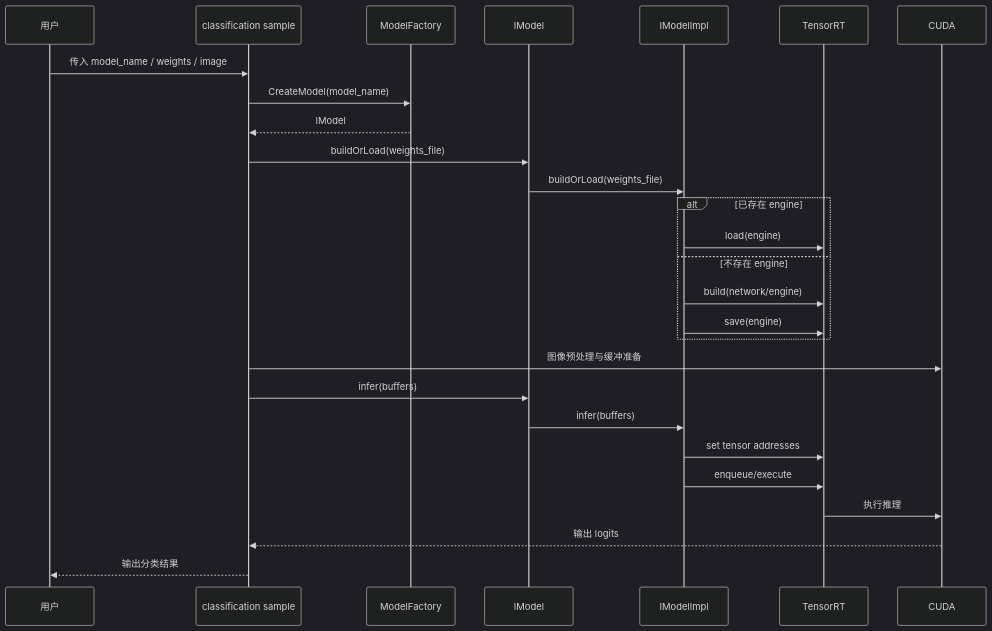
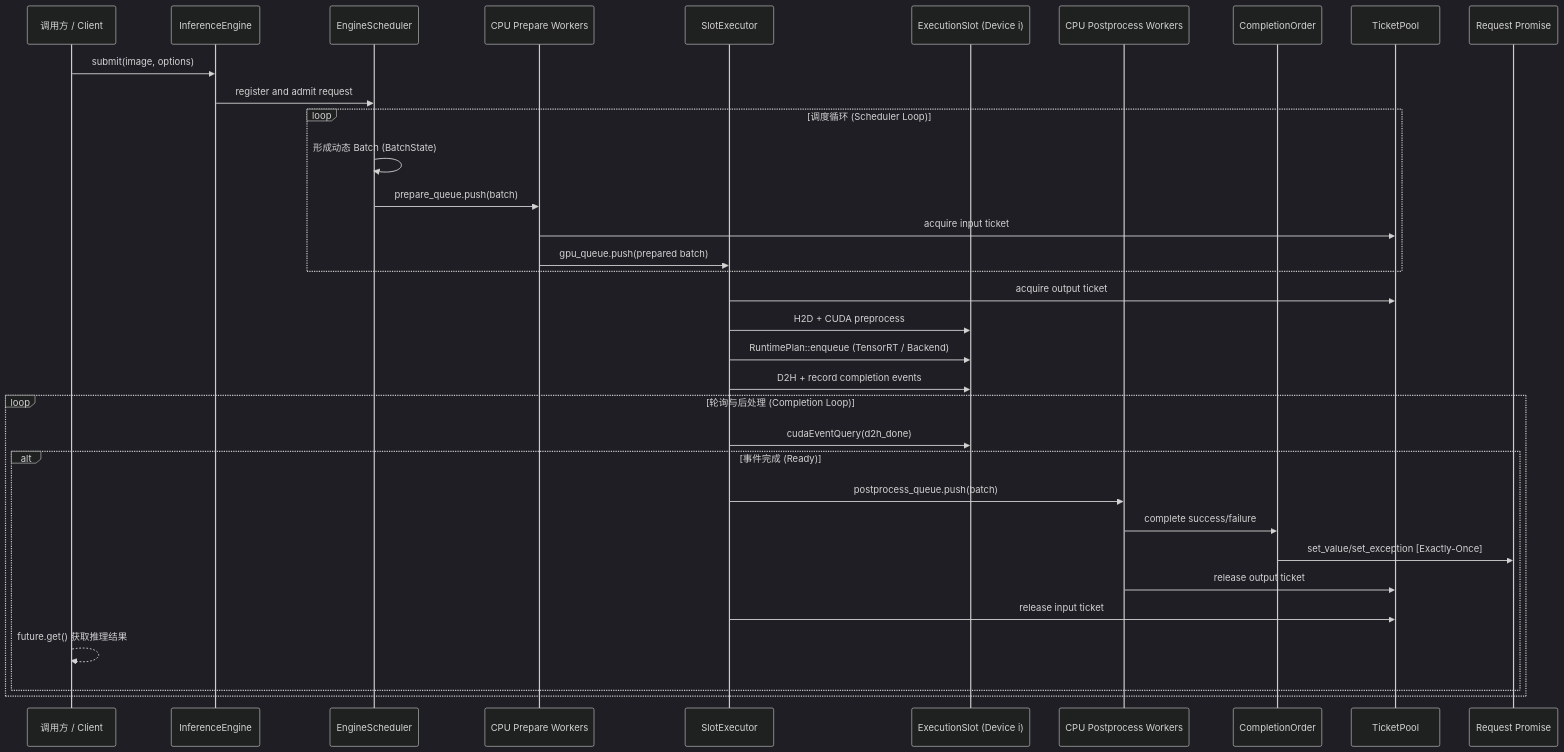
One commit to QWERDF007/InferRT changed the second of 4 diagrams in docs/项目架构图谱.md. Above: the diagram before and after it, drawn with Mermaid (dark theme). The commit also changed other lines of this file and 270 other files, not shown here.

````diff
--- a/docs/项目架构图谱.md
+++ b/docs/项目架构图谱.md
@@ -214,30 +65,40 @@
 ```mermaid
 sequenceDiagram
-    participant U as 用户
-    participant S as classification sample
-    participant F as ModelFactory
-    participant M as IModel
-    participant I as IModelImpl
-    participant TRT as TensorRT
-    participant GPU as CUDA
+    participant User as 调用方 / Client
+    participant Engine as InferenceEngine
+    participant Scheduler as EngineScheduler
+    participant Prepare as CPU Prepare Workers
+    participant Executor as SlotExecutor
+    participant Slot as ExecutionSlot (Device i)
+    participant Postprocess as CPU Postprocess Workers
+    participant Order as CompletionOrder
+    participant Tickets as TicketPool
+    participant Promise as Request Promise
 
-    U->>S: 传入 model_name / weights / image
-    S->>F: CreateModel(model_name)
-    F-->>S: IModel
-    S->>M: buildOrLoad(weights_file)
-    M->>I: buildOrLoad(weights_file)
-    alt 已存在 engine
-        I->>TRT: load(engine)
-    else 不存在 engine
-        I->>TRT: build(network/engine)
-        I->>TRT: save(engine)
+    User->>Engine: submit(image, options)
+    Engine->>Scheduler: register and admit request
+
+    loop 调度循环 (Scheduler Loop)
+        Scheduler->>Scheduler: 形成动态 Batch (BatchState)
+        Scheduler->>Prepare: prepare_queue.push(batch)
+        Prepare->>Tickets: acquire input ticket
+        Prepare->>Executor: gpu_queue.push(prepared batch)
     end
-    S->>GPU: 图像预处理与缓冲准备
-    S->>M: infer(buffers)
-    M->>I: infer(buffers)
-    I->>TRT: set tensor addresses
-    I->>TRT: enqueue/execute
-    TRT->>GPU: 执行推理
-    GPU-->>S: 输出 logits
-    S-->>U: 输出分类结果
+
+    Executor->>Tickets: acquire output ticket
+    Executor->>Slot: H2D + CUDA preprocess
+    Executor->>Slot: RuntimePlan::enqueue (TensorRT / Backend)
+    Executor->>Slot: D2H + record completion events
+
+    loop 轮询与后处理 (Completion Loop)
+        Executor->>Slot: cudaEventQuery(d2h_done)
+        alt 事件完成 (Ready)
+            Executor->>Postprocess: postprocess_queue.push(batch)
+            Postprocess->>Order: complete success/failure
+            Order->>Promise: set_value/set_exception [Exactly-Once]
+            Postprocess->>Tickets: release output ticket
+            Executor->>Tickets: release input ticket
+            User-->>User: future.get() 获取推理结果
+        end
+    end
 ```
````
